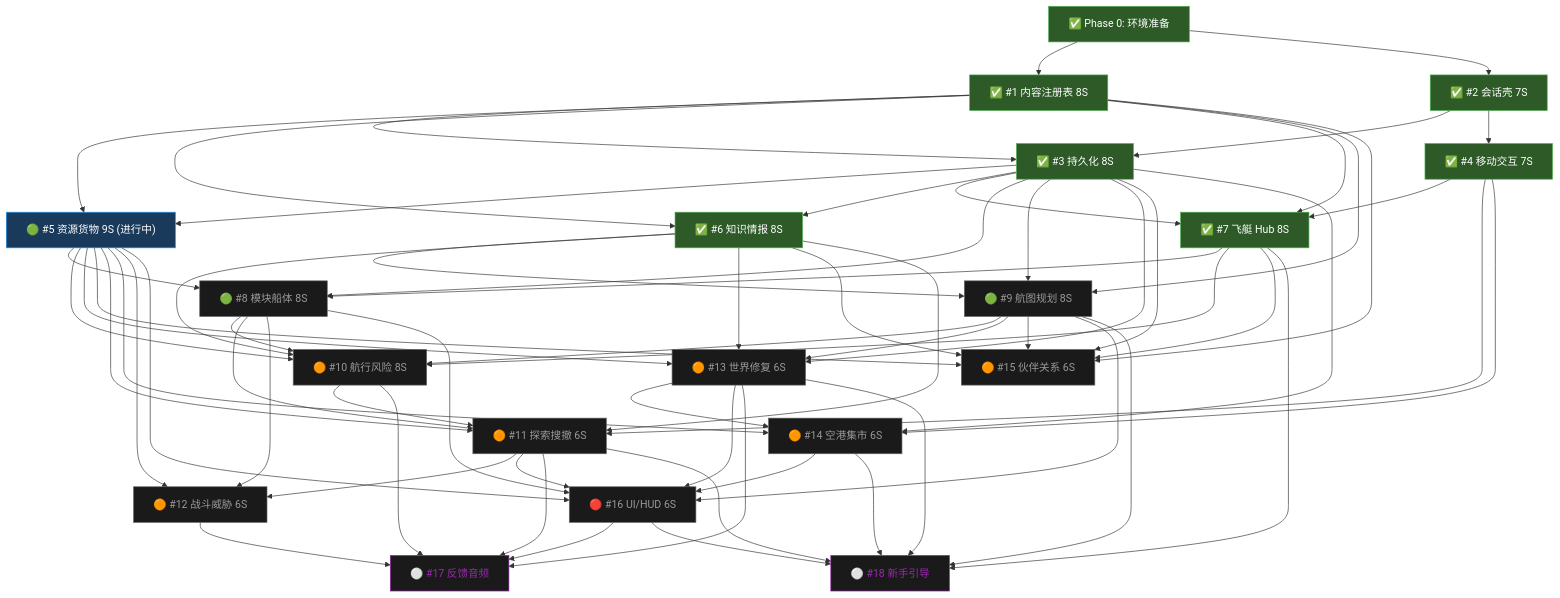
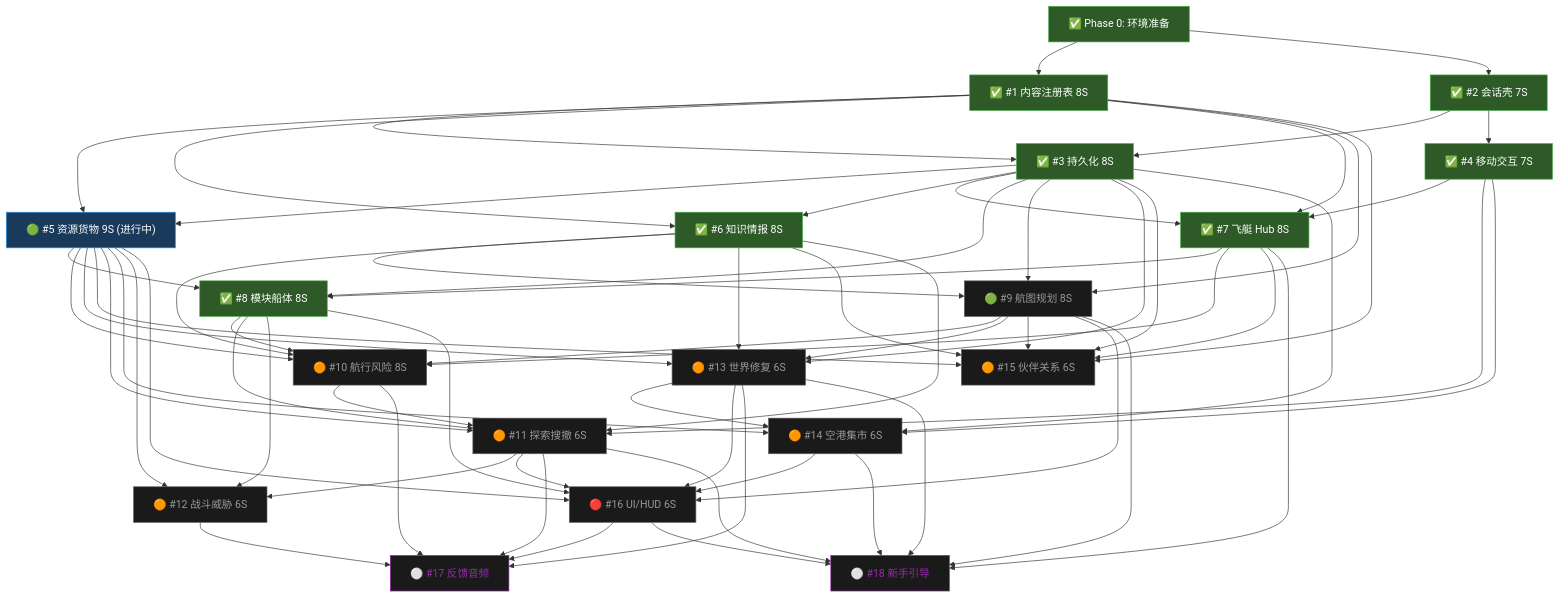
Before and after one commit to lieinsay/Claude-Code-Game-Studios: the second of 3 diagrams in docs/reference/production-flowchart.md, drawn with Mermaid. The commit also changed other lines of this file and 33 other files, not shown here.

```diff
--- a/docs/reference/production-flowchart.md
+++ b/docs/reference/production-flowchart.md
@@ -77,7 +77,7 @@
     S6["✅ #6 知识情报 8S"]:::done
     S7["✅ #7 飞艇 Hub 8S"]:::done
 
-    S8["🟢 #8 模块船体 8S"]:::future
+    S8["✅ #8 模块船体 8S"]:::done
     S9["🟢 #9 航图规划 8S"]:::future
 
     S10["🟠 #10 航行风险 8S"]:::future
```
